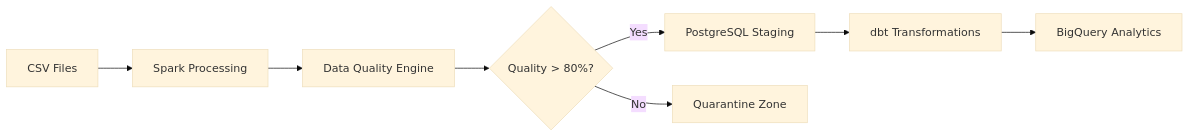
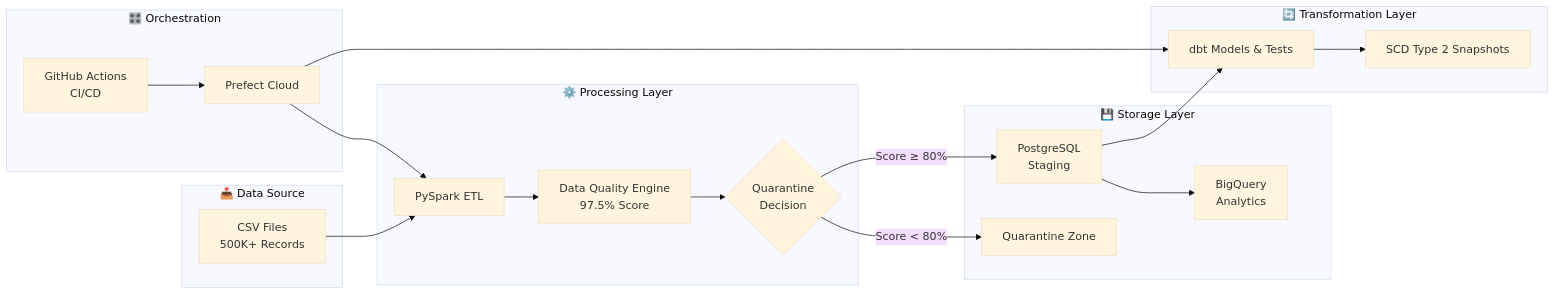
One commit to AM7013/production-ETL-pipeline changed the diagram in README.md. Above: the diagram before and after it, drawn with Mermaid (base theme). The commit also changed other lines of this file, not shown here.

````diff
--- a/README.md
+++ b/README.md
@@ -36,10 +36,40 @@
 ```mermaid
 flowchart LR
-    A[CSV Files] --> B[Spark Processing]
-    B --> C[Data Quality Engine]
-    C --> D{Quality > 80%?}
-    D -->|Yes| E[PostgreSQL Staging]
-    D -->|No| F[Quarantine Zone]
-    E --> G[dbt Transformations]
-    G --> H[BigQuery Analytics]
+    subgraph SOURCE["📥 Data Source"]
+        A[CSV Files\n500K+ Records]
+    end
+
+    subgraph PROCESS["⚙️ Processing Layer"]
+        B[PySpark ETL]
+        C[Data Quality Engine\n97.5% Score]
+        D{Quarantine\nDecision}
+    end
+
+    subgraph STORAGE["💾 Storage Layer"]
+        E[PostgreSQL\nStaging]
+        F[Quarantine Zone]
+        G[BigQuery\nAnalytics]
+    end
+
+    subgraph TRANSFORM["🔄 Transformation Layer"]
+        H[dbt Models & Tests]
+        I[SCD Type 2 Snapshots]
+    end
+
+    subgraph ORCH["🎛️ Orchestration"]
+        K[Prefect Cloud]
+        L[GitHub Actions\nCI/CD]
+    end
+
+    A --> B
+    B --> C
+    C --> D
+    D -->|Score ≥ 80%| E
+    D -->|Score < 80%| F
+    E --> G
+    E --> H
+    H --> I
+    K --> B
+    K --> H
+    L --> K
 ```
````
